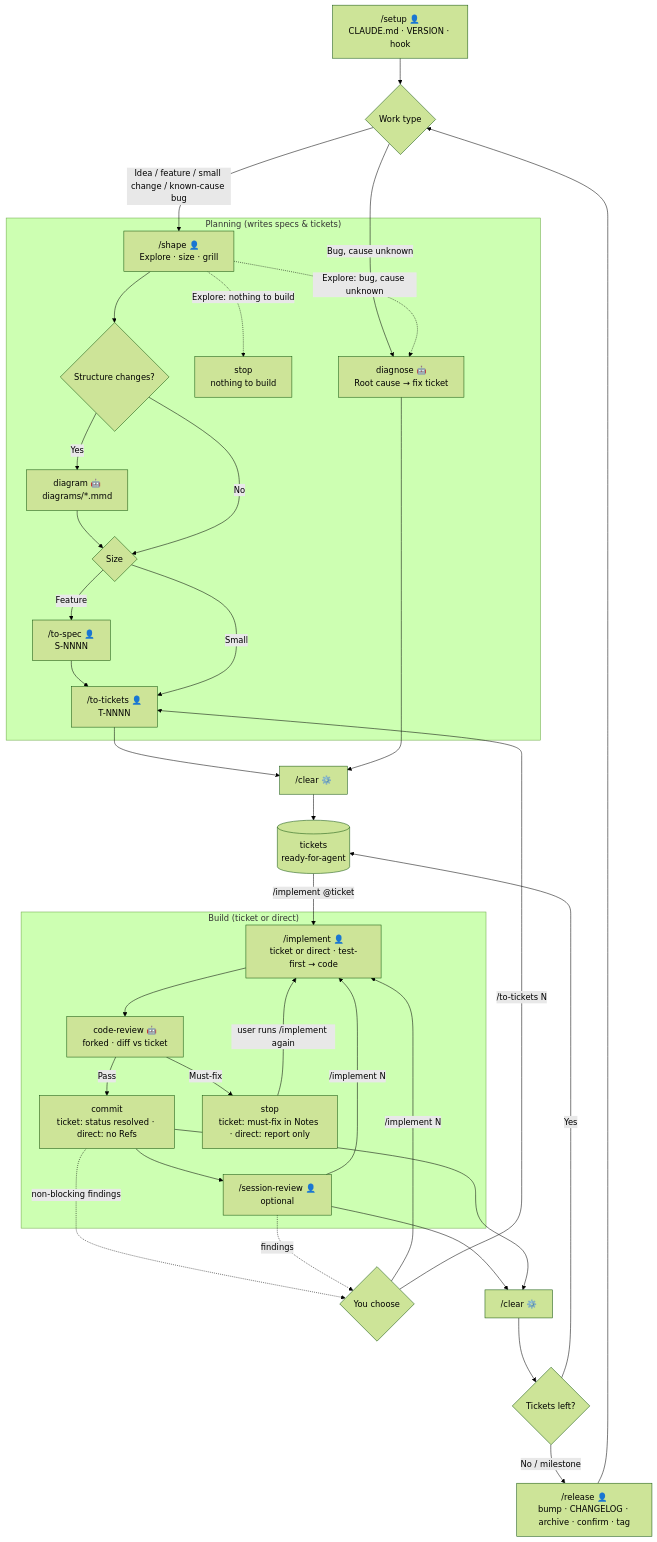
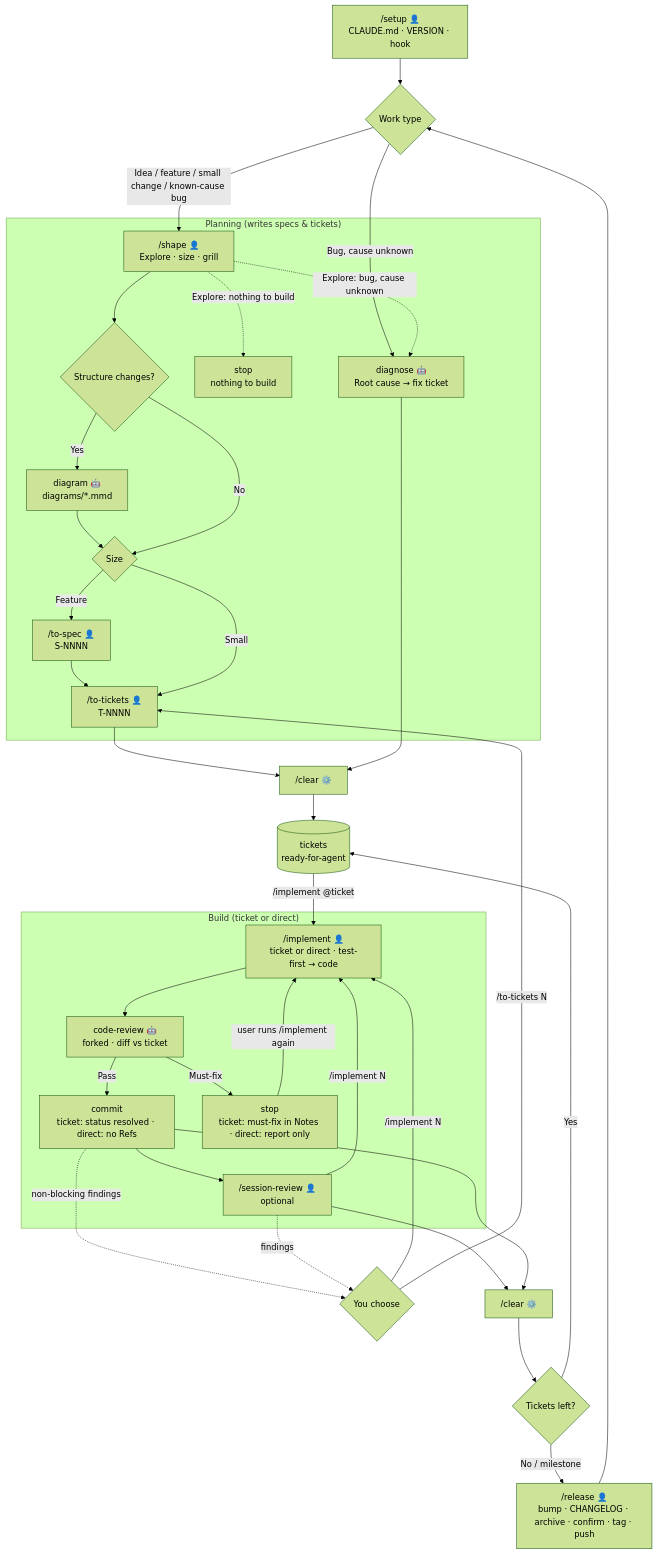
Before and after one commit to odhyp/skills: the diagram in docs/diagrams/workflow.mmd, drawn with Mermaid (forest theme). The commit also changed 4 other files, not shown here.

Commit message:
feat(release): push the release commit and tag after the user's OK

```diff
--- a/docs/diagrams/workflow.mmd
+++ b/docs/diagrams/workflow.mmd
@@ -1,67 +1,67 @@
 %% Workflow: how the odhyp skills hand off from setup to release. 👤 manual skill · 🤖 auto skill (starts on its own; you can also call it) · ⚙️ built-in Claude Code command
 flowchart TD
     A1["`/setup 👤
     CLAUDE.md · VERSION · hook`"] --> X0{"Work type"}
     X0 -->|"Idea / feature / small change / known-cause bug"| B1
     X0 -->|"Bug, cause unknown"| B5
 
     subgraph B["Planning (writes specs & tickets)"]
         B1["`/shape 👤
         Explore · size · grill`"]
         B0["`stop
         nothing to build`"]
         X2{"Structure changes?"}
         B4["`diagram 🤖
         diagrams/*.mmd`"]
         X1{"Size"}
         B2["`/to-spec 👤
         S-NNNN`"]
         B3["`/to-tickets 👤
         T-NNNN`"]
         B5["`diagnose 🤖
         Root cause → fix ticket`"]
         B1 --> X2
         B1 -.->|"Explore: nothing to build"| B0
         B1 -.->|"Explore: bug, cause unknown"| B5
         X2 -->|"Yes"| B4 --> X1
         X2 -->|"No"| X1
         X1 -->|"Feature"| B2 --> B3
         X1 -->|"Small"| B3
     end
 
     B3 --> CL0["/clear ⚙️"]
     B5 --> CL0
     CL0 --> T[("`tickets
     ready-for-agent`")]
 
     subgraph C["Build (ticket or direct)"]
         C1["`/implement 👤
         ticket or direct · test-first → code`"]
         D1["`code-review 🤖
         forked · diff vs ticket`"]
         C2["`commit
         ticket: status resolved · direct: no Refs`"]
         C3["`stop
         ticket: must-fix in Notes · direct: report only`"]
         S1["`/session-review 👤
         optional`"]
         C1 --> D1
         D1 -->|"Pass"| C2
         D1 -->|"Must-fix"| C3
     end
 
     T -->|"/implement @ticket"| C1
     S1 -->|"/implement N"| C1
     C3 -->|"user runs /implement again"| C1
     X4{"You choose"}
     C2 -.->|"non-blocking findings"| X4
     S1 -.->|"findings"| X4
     X4 -->|"/implement N"| C1
     X4 -->|"/to-tickets N"| B3
     C2 --> S1 --> CL["/clear ⚙️"]
     C2 --> CL
     CL --> X3{"Tickets left?"}
     X3 -->|"Yes"| T
     X3 -->|"No / milestone"| E1["`/release 👤
-    bump · CHANGELOG · archive · confirm · tag`"]
+    bump · CHANGELOG · archive · confirm · tag · push`"]
     E1 --> X0
```
